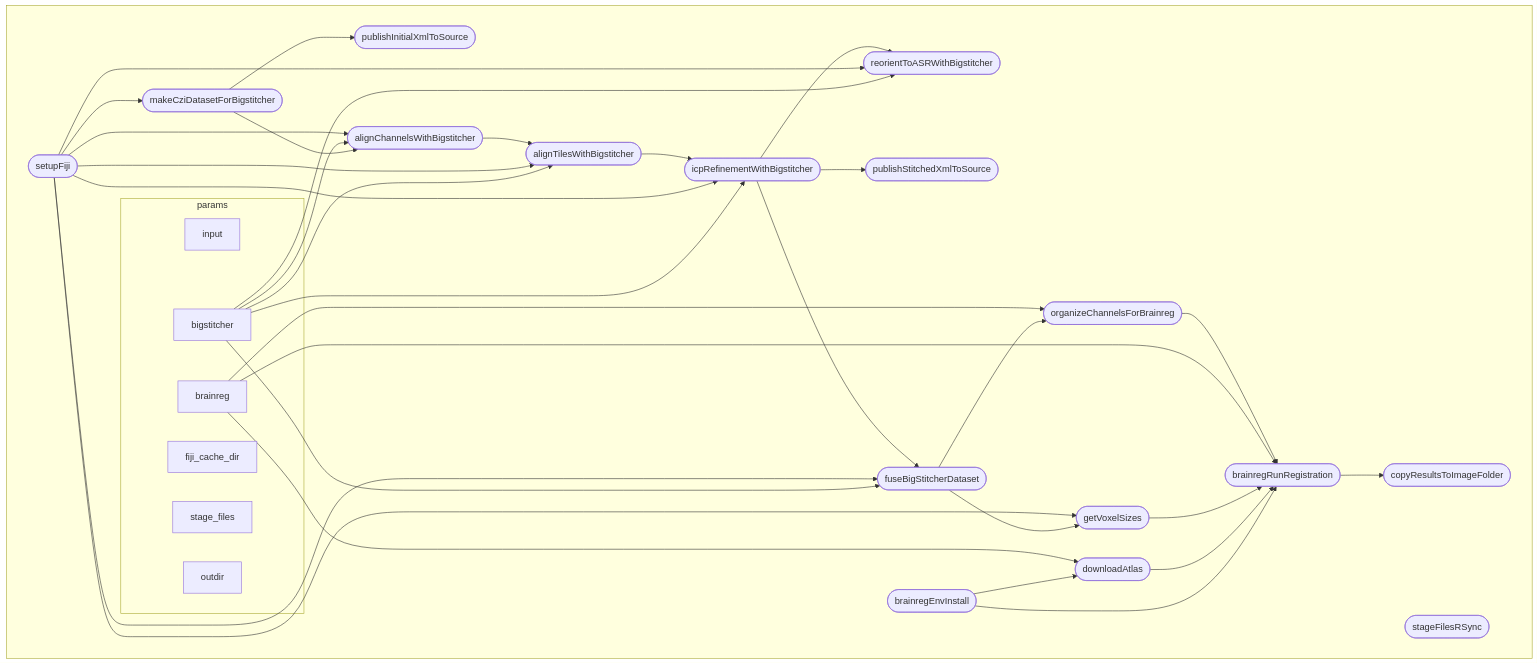
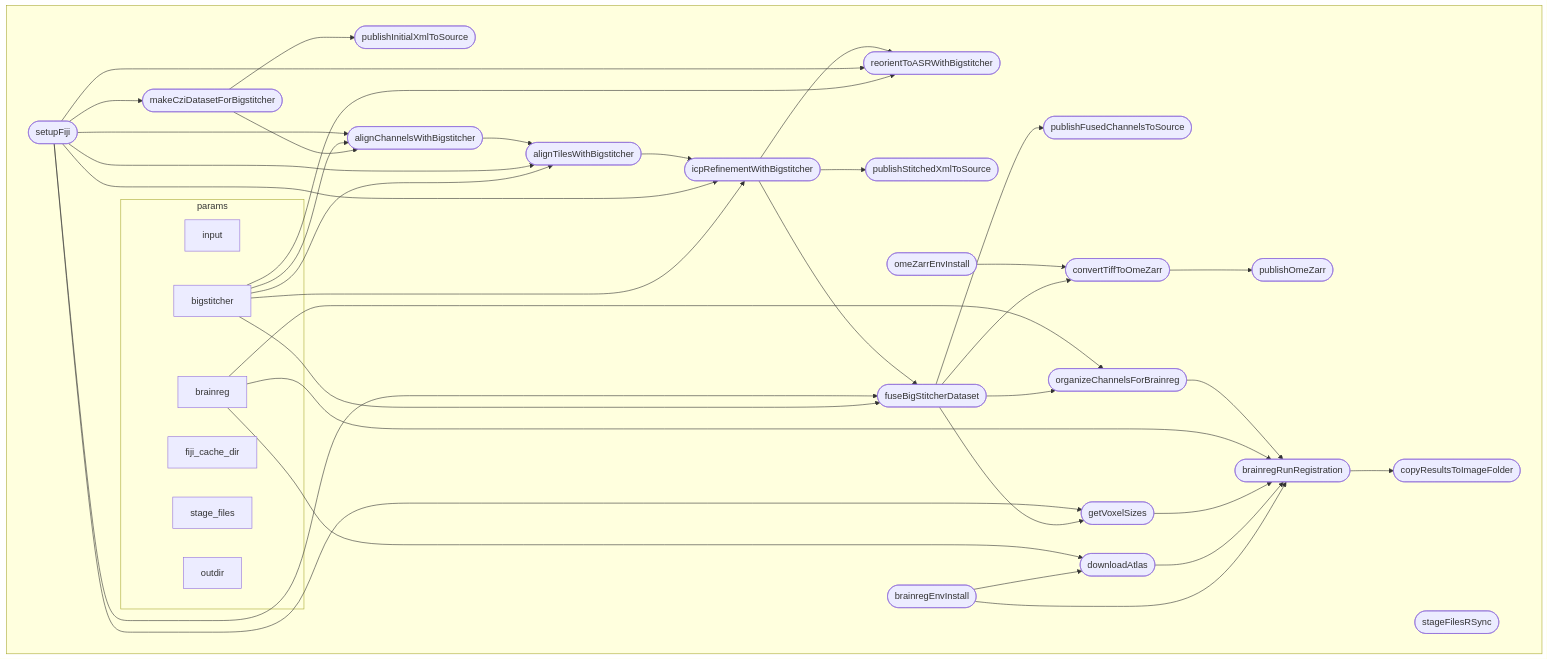
Before and after one commit to NicoKiaru/mouse_czi_processing: the diagram in readme.md, drawn with Mermaid. The commit also changed other lines of this file and 1 other file, not shown here.

````diff
--- a/readme.md
+++ b/readme.md
@@ -9,59 +9,67 @@
 ```mermaid
 flowchart TB
     subgraph " "
     subgraph params
     v6["input"]
     v20["bigstitcher"]
     v39["brainreg"]
     v2["fiji_cache_dir"]
     v13["stage_files"]
     v0["outdir"]
     end
     v4([setupFiji])
     v14([stageFilesRSync])
     v17([makeCziDatasetForBigstitcher])
     v19([publishInitialXmlToSource])
     v21([alignChannelsWithBigstitcher])
     v23([alignTilesWithBigstitcher])
     v25([icpRefinementWithBigstitcher])
     v28([reorientToASRWithBigstitcher])
     v33([publishStitchedXmlToSource])
     v34([fuseBigStitcherDataset])
+    v35([publishFusedChannelsToSource])
+    v36([convertTiffToOmeZarr])
+    v36b([publishOmeZarr])
     v37([getVoxelSizes])
     v40([organizeChannelsForBrainreg])
     v48([brainregEnvInstall])
+    v49([omeZarrEnvInstall])
     v50([downloadAtlas])
     v52([brainregRunRegistration])
     v57([copyResultsToImageFolder])
     v4 --> v17
     v17 --> v19
     v17 --> v21
     v20 --> v21
     v4 --> v21
     v20 --> v23
     v4 --> v23
     v21 --> v23
     v20 --> v25
     v4 --> v25
     v23 --> v25
     v20 --> v28
     v4 --> v28
     v25 --> v28
     v25 --> v33
     v20 --> v34
     v4 --> v34
     v25 --> v34
+    v34 --> v35
+    v34 --> v36
+    v49 --> v36
+    v36 --> v36b
     v34 --> v37
     v4 --> v37
     v34 --> v40
     v39 --> v40
     v48 --> v50
     v39 --> v50
     v48 --> v52
     v50 --> v52
     v37 --> v52
     v39 --> v52
     v40 --> v52
     v52 --> v57
     end
 ```
````
